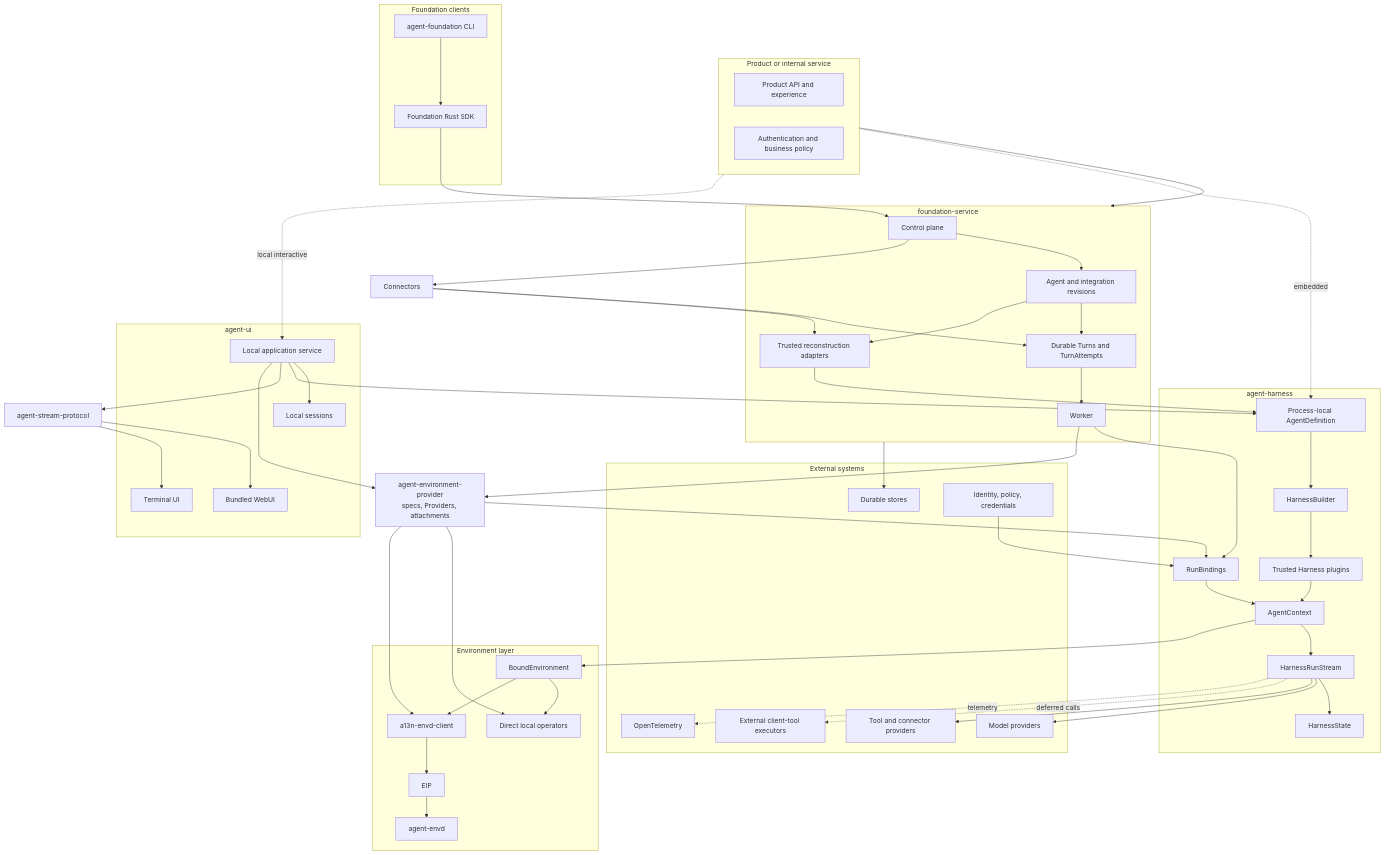
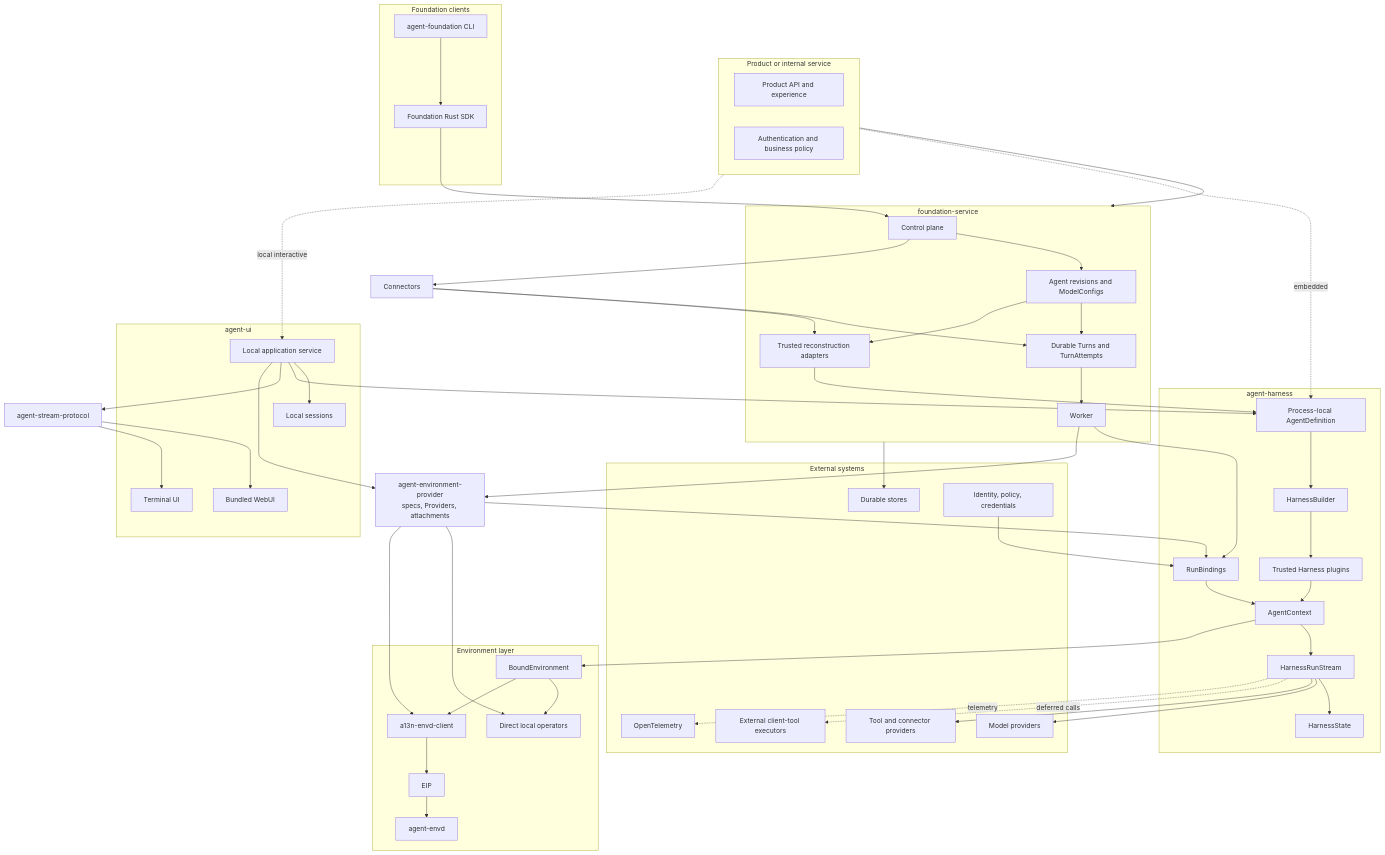
The first of 4 diagrams in spec/README.md (LTThreeComma/agent-foundation), drawn with Mermaid before and after one commit. The commit also changed other lines of this file and 16 other files, not shown here.

````diff
--- a/spec/README.md
+++ b/spec/README.md
@@ -23,82 +23,82 @@
 ```mermaid
 flowchart TB
     subgraph Product[Product or internal service]
         API[Product API and experience]
         Policy[Authentication and business policy]
     end
 
     subgraph Service[foundation-service]
         Control[Control plane]
-        Definitions[Agent and integration revisions]
+        Definitions[Agent revisions and ModelConfigs]
         Lifecycle[Durable Turns and TurnAttempts]
         Worker[Worker]
         Reconstruct[Trusted reconstruction adapters]
     end
 
     subgraph LocalUI[agent-ui]
         AppService[Local application service]
         Sessions[Local sessions]
         WebUI[Bundled WebUI]
         TUI[Terminal UI]
     end
 
     subgraph FoundationClients[Foundation clients]
         FoundationCLI[agent-foundation CLI]
         RustSDK[Foundation Rust SDK]
     end
 
     subgraph Harness[agent-harness]
         Definition[Process-local AgentDefinition]
         Builder[HarnessBuilder]
         Plugins[Trusted Harness plugins]
         Bindings[RunBindings]
         Context[AgentContext]
         Run[HarnessRunStream]
         State[HarnessState]
     end
 
     StreamProtocol[agent-stream-protocol]
     ProviderPackage[agent-environment-provider<br/>specs, Providers, attachments]
 
     subgraph Environment[Environment layer]
         Bound[BoundEnvironment]
         Local[Direct local operators]
         EIPClient[a13n-envd-client]
         EIP[EIP]
         Envd[agent-envd]
     end
 
     subgraph External[External systems]
         Models[Model providers]
         Tools[Tool and connector providers]
         Stores[Durable stores]
         Identity[Identity, policy, credentials]
         Clients[External client-tool executors]
         OTel[OpenTelemetry]
     end
 
     Product --> Service
     FoundationCLI --> RustSDK --> Control
     Product -. embedded .-> Definition
     Product -. local interactive .-> AppService
     AppService --> Sessions
     AppService --> Definition
     AppService --> StreamProtocol --> WebUI & TUI
     Control --> Definitions & Connectors
     Definitions & Connectors --> Lifecycle --> Worker
     Definitions & Connectors --> Reconstruct --> Definition
     Definition --> Builder --> Plugins
     Worker --> Bindings
     Identity --> Bindings
     Plugins & Bindings --> Context --> Run --> State
     Run --> Models & Tools
     Run -. deferred calls .-> Clients
     Worker & AppService --> ProviderPackage
     ProviderPackage --> Local & EIPClient
     ProviderPackage --> Bindings
     Context --> Bound
     Bound --> Local
     Bound --> EIPClient --> EIP --> Envd
     Service --> Stores
     Run -. telemetry .-> OTel
 ```
````
